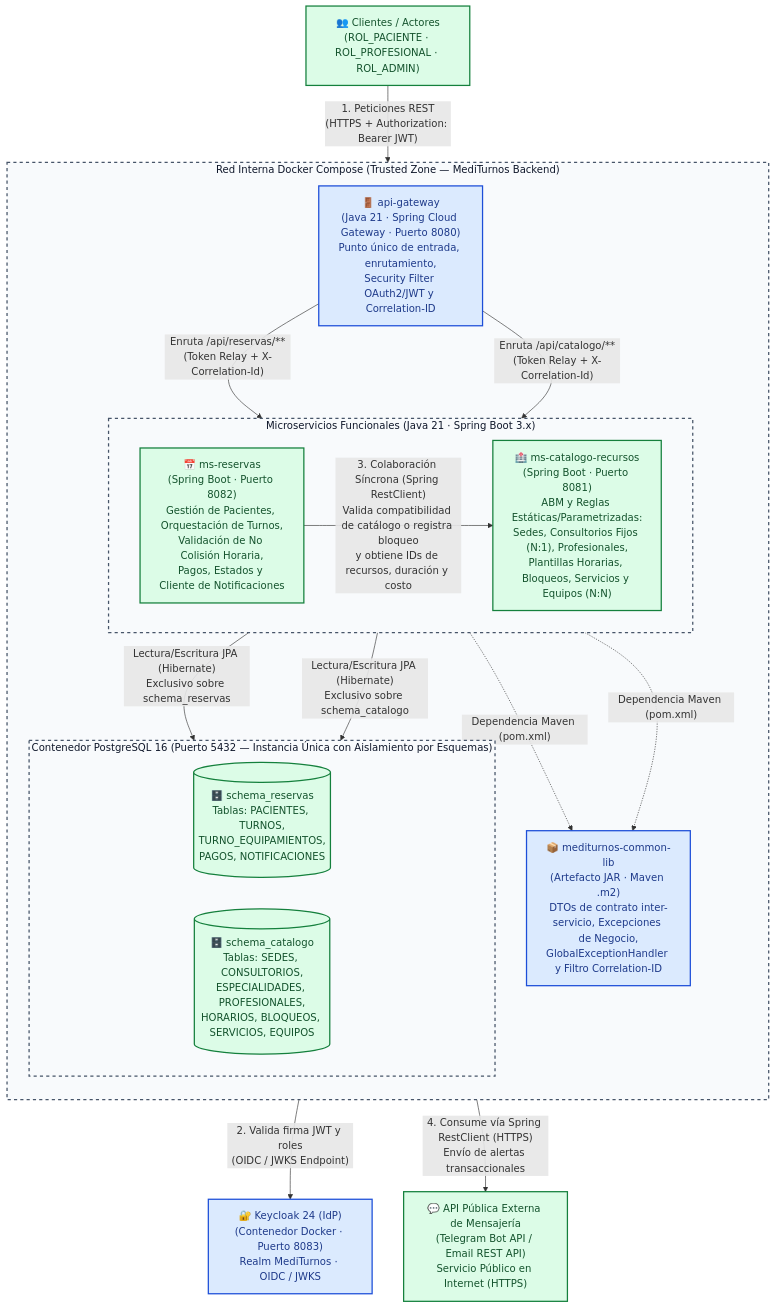
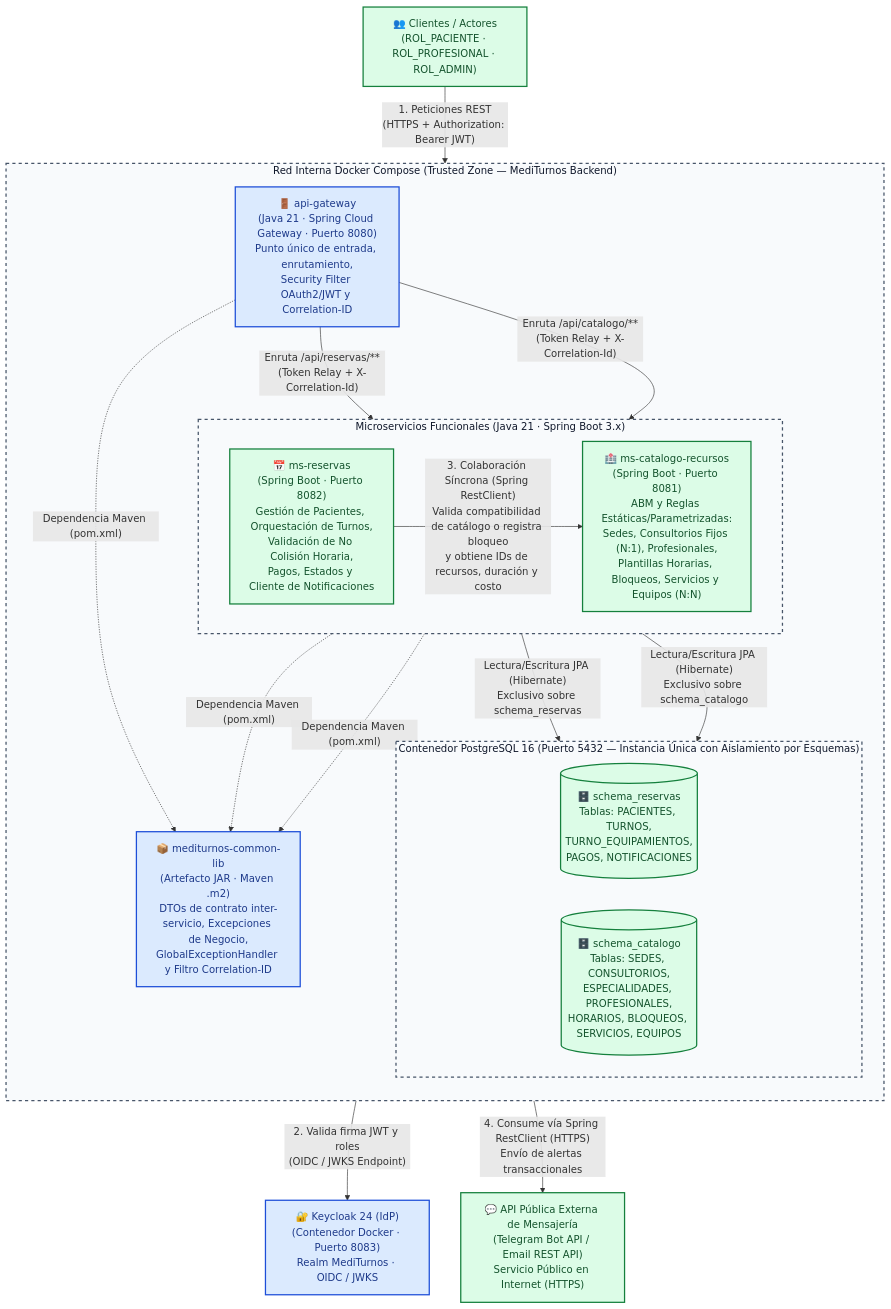
The fourth of 5 diagrams in README.md (lucianopgl/MediTurnos), drawn with Mermaid before and after one commit. The commit also changed other lines of this file and 18 other files, not shown here.

````diff
--- a/README.md
+++ b/README.md
@@ -248,48 +248,49 @@
 ```mermaid
 flowchart TB
     classDef restriccion fill:#dbeafe,stroke:#1d4ed8,stroke-width:2px,color:#1e3a8a
     classDef decision fill:#dcfce7,stroke:#15803d,stroke-width:2px,color:#14532d
     classDef contenedor fill:#f8fafc,stroke:#475569,stroke-width:2px,stroke-dasharray: 5 5,color:#0f172a
 
     USERS["👥 Clientes / Actores\n(ROL_PACIENTE · ROL_PROFESIONAL · ROL_ADMIN)"]:::decision
 
     subgraph TrustedZone["Red Interna Docker Compose (Trusted Zone — MediTurnos Backend)"]
         direction TB
 
         GW["🚪 api-gateway\n(Java 21 · Spring Cloud Gateway · Puerto 8080)\nPunto único de entrada, enrutamiento,\nSecurity Filter OAuth2/JWT y Correlation-ID"]:::restriccion
 
         subgraph Microservicios["Microservicios Funcionales (Java 21 · Spring Boot 3.x)"]
             direction LR
             MS_RES["📅 ms-reservas\n(Spring Boot · Puerto 8082)\nGestión de Pacientes, Orquestación de Turnos,\nValidación de No Colisión Horaria,\nPagos, Estados y Cliente de Notificaciones"]:::decision
             MS_CAT["🏥 ms-catalogo-recursos\n(Spring Boot · Puerto 8081)\nABM y Reglas Estáticas/Parametrizadas:\nSedes, Consultorios Fijos (N:1), Profesionales,\nPlantillas Horarias, Bloqueos, Servicios y Equipos (N:N)"]:::decision
         end
 
         COMMON["📦 mediturnos-common-lib\n(Artefacto JAR · Maven .m2)\nDTOs de contrato inter-servicio, Excepciones de Negocio,\nGlobalExceptionHandler y Filtro Correlation-ID"]:::restriccion
 
         subgraph DBMS["Contenedor PostgreSQL 16 (Puerto 5432 — Instancia Única con Aislamiento por Esquemas)"]
             direction LR
             DB_RES[("🗄️ schema_reservas\nTablas: PACIENTES, TURNOS,\nTURNO_EQUIPAMIENTOS,\nPAGOS, NOTIFICACIONES")]:::decision
             DB_CAT[("🗄️ schema_catalogo\nTablas: SEDES, CONSULTORIOS,\nESPECIALIDADES, PROFESIONALES,\nHORARIOS, BLOQUEOS, SERVICIOS, EQUIPOS")]:::decision
         end
     end
 
     KC2["🔐 Keycloak 24 (IdP)\n(Contenedor Docker · Puerto 8083)\nRealm MediTurnos · OIDC / JWKS"]:::restriccion
     API_NOTIF["💬 API Pública Externa de Mensajería\n(Telegram Bot API / Email REST API)\nServicio Público en Internet (HTTPS)"]:::decision
 
     USERS -->|"1. Peticiones REST\n(HTTPS + Authorization: Bearer JWT)"| GW
     GW -->|"2. Valida firma JWT y roles\n(OIDC / JWKS Endpoint)"| KC2
     GW -->|"Enruta /api/reservas/**\n(Token Relay + X-Correlation-Id)"| MS_RES
     GW -->|"Enruta /api/catalogo/**\n(Token Relay + X-Correlation-Id)"| MS_CAT
 
     MS_RES -->|"3. Colaboración Síncrona (Spring RestClient)\nValida compatibilidad de catálogo o registra bloqueo\ny obtiene IDs de recursos, duración y costo"| MS_CAT
 
+    GW -.->|"Dependencia Maven (pom.xml)"| COMMON
     MS_RES -.->|"Dependencia Maven (pom.xml)"| COMMON
     MS_CAT -.->|"Dependencia Maven (pom.xml)"| COMMON
 
     MS_RES -->|"Lectura/Escritura JPA (Hibernate)\nExclusivo sobre schema_reservas"| DB_RES
     MS_CAT -->|"Lectura/Escritura JPA (Hibernate)\nExclusivo sobre schema_catalogo"| DB_CAT
 
     MS_RES -->|"4. Consume vía Spring RestClient (HTTPS)\nEnvío de alertas transaccionales"| API_NOTIF
 
     class TrustedZone,Microservicios,DBMS contenedor
 ```
````
